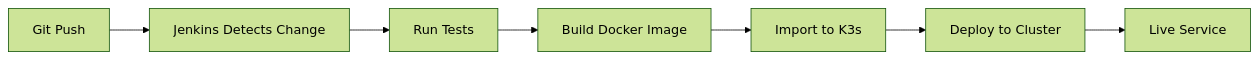
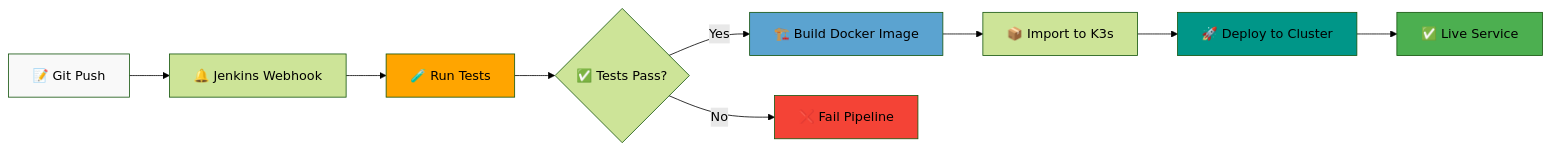
The second of 2 diagrams in README.md (OronAvisrur/Atlas-Reliability-Framework), drawn with Mermaid (forest theme) before and after one commit. The commit also changed other lines of this file and 7 other files, not shown here.

````diff
--- a/README.md
+++ b/README.md
@@ -180,9 +269,18 @@
 ```mermaid
 graph LR
-    A[Git Push] --> B[Jenkins Detects Change]
-    B --> C[Run Tests]
-    C --> D[Build Docker Image]
-    D --> E[Import to K3s]
-    E --> F[Deploy to Cluster]
-    F --> G[Live Service]
+    A[📝 Git Push] --> B[🔔 Jenkins Webhook]
+    B --> C[🧪 Run Tests]
+    C --> D{✅ Tests Pass?}
+    D -->|Yes| E[🏗️ Build Docker Image]
+    D -->|No| F[❌ Fail Pipeline]
+    E --> G[📦 Import to K3s]
+    G --> H[🚀 Deploy to Cluster]
+    H --> I[✅ Live Service]
+    
+    style A fill:#f9f9f9
+    style C fill:#FFA500
+    style E fill:#5ba3d0
+    style H fill:#009688
+    style I fill:#4CAF50
+    style F fill:#f44336
 ```
````
